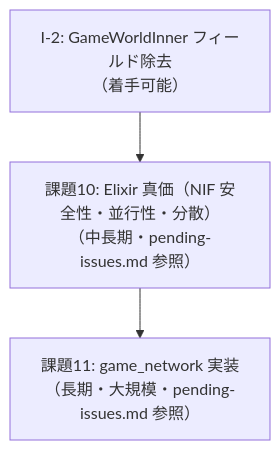
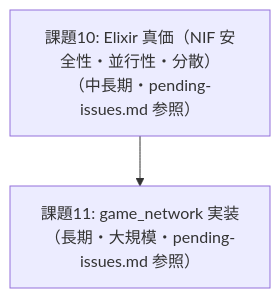
The diagram in docs/improvement-plan.md (FRICK-ELDY/alchemy-engine), drawn with Mermaid before and after one commit. The commit also changed other lines of this file and 13 other files, not shown here.

Commit message:
refactor: I-2 GameWorldInner からルール固有フィールドを Elixir SSoT へ移行

````diff
--- a/docs/improvement-plan.md
+++ b/docs/improvement-plan.md
@@ -65,9 +16,7 @@
 ```mermaid
 graph TD
-    I2["I-2: GameWorldInner フィールド除去\n（着手可能）"]
     P10["課題10: Elixir 真価（NIF 安全性・並行性・分散）\n（中長期・pending-issues.md 参照）"]
     P11["課題11: game_network 実装\n（長期・大規模・pending-issues.md 参照）"]
 
-    I2 --> P10
     P10 --> P11
 ```
````
